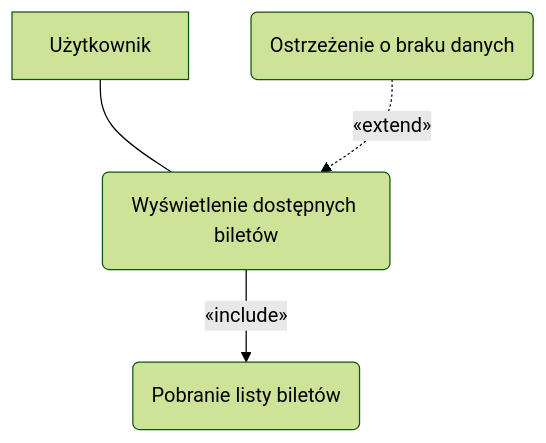
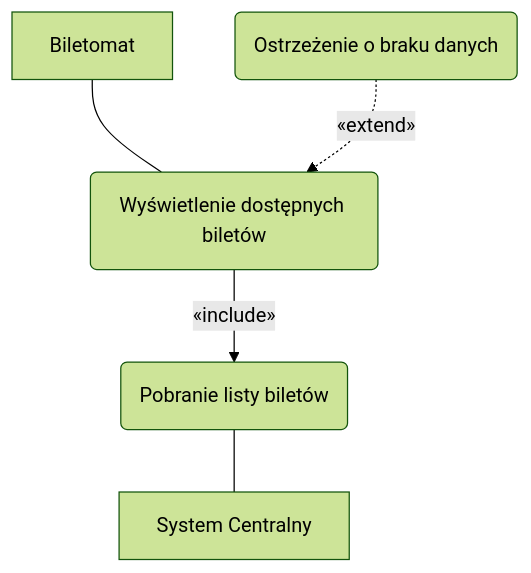
Before and after one commit to FilobokHlib/MWO: the first of 2 diagrams in Biletomat_UC.md, drawn with Mermaid (forest theme). The commit also changed other lines of this file, not shown here.

Commit message:
Update user interactions in Biletomat diagrams

````diff
--- a/Biletomat_UC.md
+++ b/Biletomat_UC.md
@@ -5,15 +5,15 @@
 ```mermaid
 flowchart TD
-    Uzer[Użytkownik]
+    B[Biletomat]
+    SC[System Centralny]
 
     UC1(Wyświetlenie dostępnych biletów)
     UC2(Pobranie listy biletów)
     UC3(Ostrzeżenie o braku danych)
 
-    Uzer --- UC1
-    
+    B --- UC1
     UC1 -->|«include»| UC2
+    UC2 --- SC
     
     UC3 -.->|«extend»| UC1
-
 ```
````
